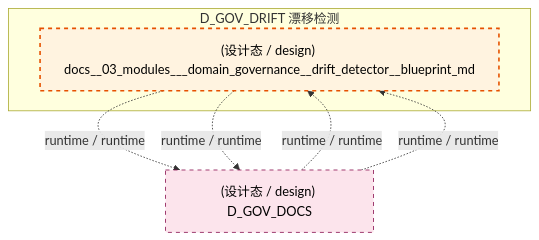
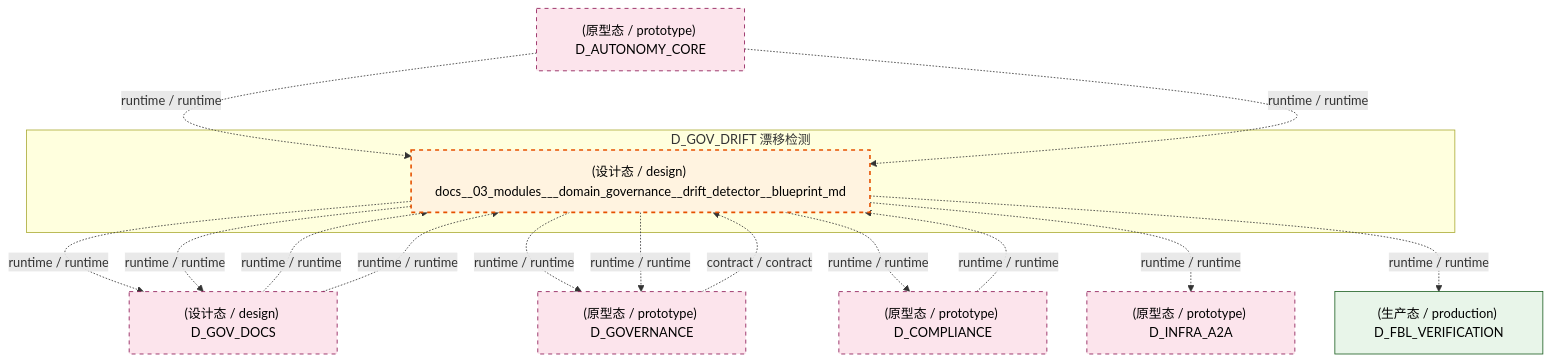
One commit to xuanFelixVan/ZephyrAlpha changed the fifth of 7 diagrams in docs/02_enterprise_architecture/02_domain_architecture_docs/41_d_gov_drift.md. Above: the diagram before and after it, drawn with Mermaid. The commit also changed other lines of this file and 126 other files, not shown here.

````diff
--- a/docs/02_enterprise_architecture/02_domain_architecture_docs/41_d_gov_drift.md
+++ b/docs/02_enterprise_architecture/02_domain_architecture_docs/41_d_gov_drift.md
@@ -549,17 +550,32 @@
 ```mermaid
 graph TD
     subgraph D_GOV_DRIFT["D_GOV_DRIFT 漂移检测"]
         docs_03_modules_domain_governance_drift_detector_blueprint_md["(设计态 / design) docs__03_modules___domain_governance__drift_detector__blueprint_md"]
     end
     D_GOV_DOCS["(设计态 / design) D_GOV_DOCS"]
     docs_03_modules_domain_governance_drift_detector_blueprint_md -.->|runtime / runtime| D_GOV_DOCS
+    D_GOVERNANCE["(原型态 / prototype) D_GOVERNANCE"]
+    docs_03_modules_domain_governance_drift_detector_blueprint_md -.->|runtime / runtime| D_GOVERNANCE
+    D_COMPLIANCE["(原型态 / prototype) D_COMPLIANCE"]
+    docs_03_modules_domain_governance_drift_detector_blueprint_md -.->|runtime / runtime| D_COMPLIANCE
+    D_INFRA_A2A["(原型态 / prototype) D_INFRA_A2A"]
+    docs_03_modules_domain_governance_drift_detector_blueprint_md -.->|runtime / runtime| D_INFRA_A2A
+    D_FBL_VERIFICATION["(生产态 / production) D_FBL_VERIFICATION"]
+    docs_03_modules_domain_governance_drift_detector_blueprint_md -.->|runtime / runtime| D_FBL_VERIFICATION
     docs_03_modules_domain_governance_drift_detector_blueprint_md -.->|runtime / runtime| D_GOV_DOCS
+    docs_03_modules_domain_governance_drift_detector_blueprint_md -.->|runtime / runtime| D_GOVERNANCE
+    D_COMPLIANCE -.->|runtime / runtime| docs_03_modules_domain_governance_drift_detector_blueprint_md
     D_GOV_DOCS -.->|runtime / runtime| docs_03_modules_domain_governance_drift_detector_blueprint_md
     D_GOV_DOCS -.->|runtime / runtime| docs_03_modules_domain_governance_drift_detector_blueprint_md
+    D_GOVERNANCE -.->|contract / contract| docs_03_modules_domain_governance_drift_detector_blueprint_md
+    D_AUTONOMY_CORE["(原型态 / prototype) D_AUTONOMY_CORE"]
+    D_AUTONOMY_CORE -.->|runtime / runtime| docs_03_modules_domain_governance_drift_detector_blueprint_md
+    D_AUTONOMY_CORE -.->|runtime / runtime| docs_03_modules_domain_governance_drift_detector_blueprint_md
     classDef production fill:#e1f5fe,stroke:#01579b,stroke-width:2px,color:#000
     classDef design fill:#fff3e0,stroke:#e65100,stroke-width:2px,color:#000,stroke-dasharray: 5 5
     classDef external_prod fill:#e8f5e9,stroke:#1b5e20,stroke-width:1px,color:#000
     classDef external_design fill:#fce4ec,stroke:#880e4f,stroke-width:1px,color:#000,stroke-dasharray: 5 5
     class docs_03_modules_domain_governance_drift_detector_blueprint_md design
-    class D_GOV_DOCS external_design
+    class D_FBL_VERIFICATION external_prod
+    class D_GOV_DOCS,D_GOVERNANCE,D_COMPLIANCE,D_INFRA_A2A,D_AUTONOMY_CORE external_design
 ```
````
